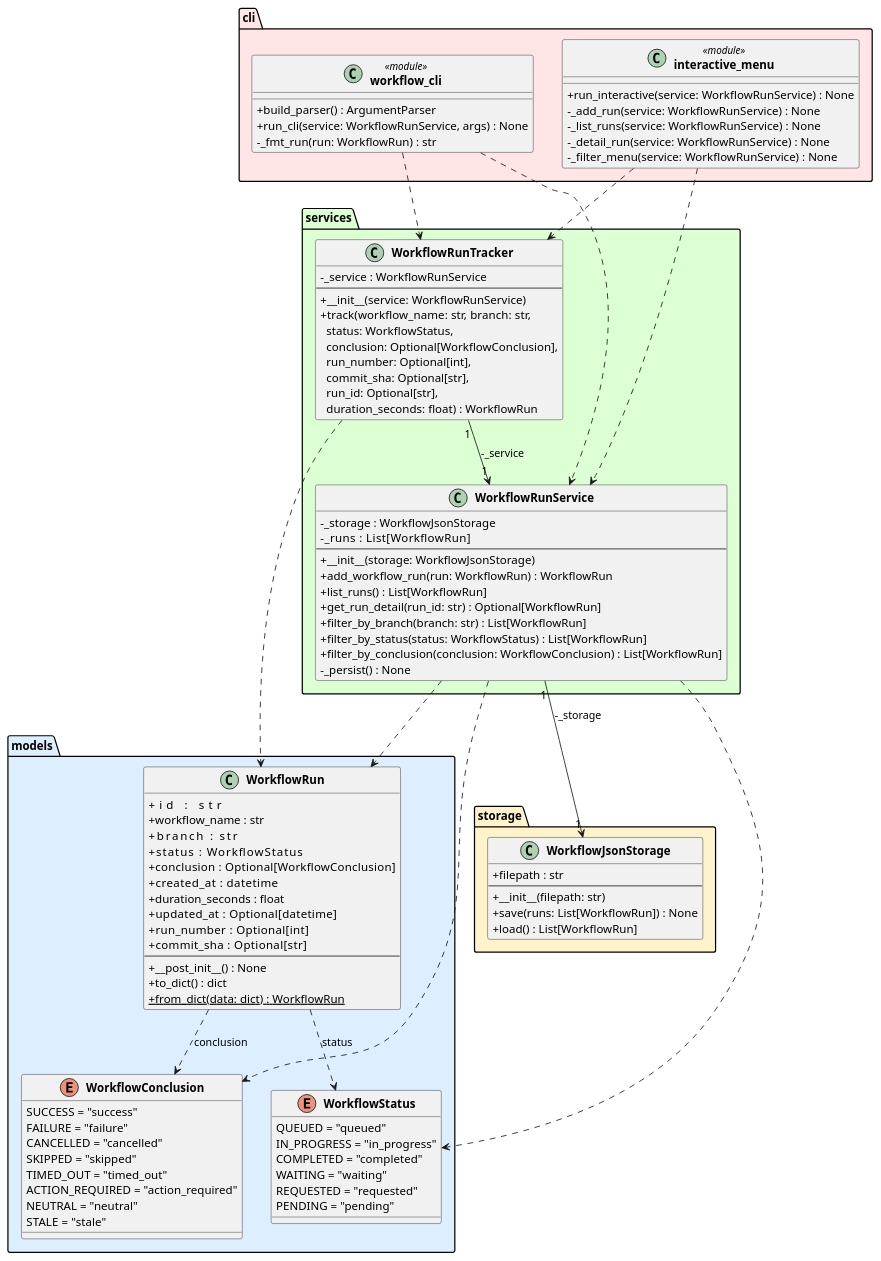
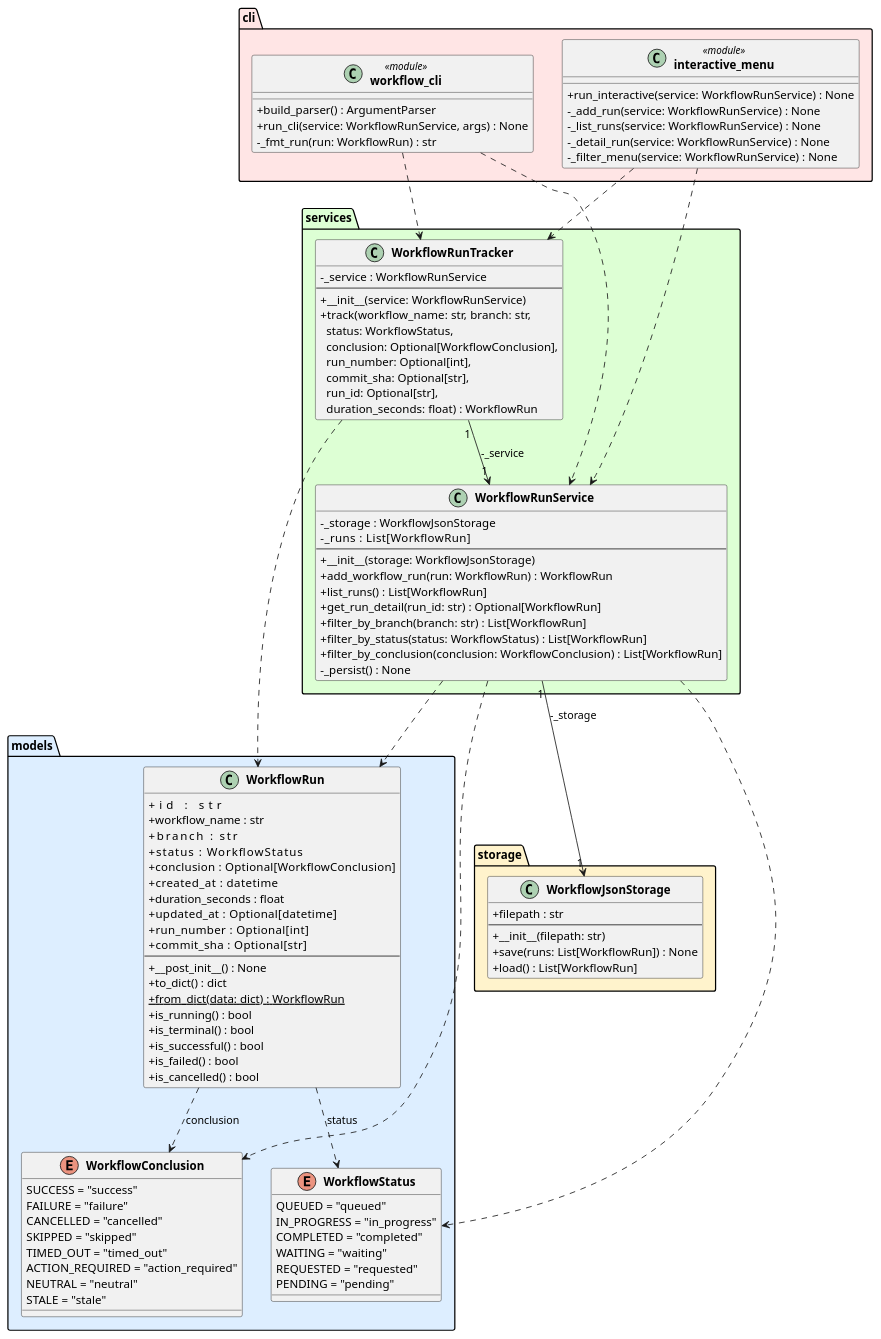
One commit to DanielRiha8906/Software_autoevolution_using_agents changed the diagram in experiments/pipeline/test_driven/github-workflow-manager/artifacts/class_diagram.puml. Above: the diagram before and after it, drawn with PlantUML. The commit also changed 5 other files, not shown here.

```diff
--- a/experiments/pipeline/test_driven/github-workflow-manager/artifacts/class_diagram.puml
+++ b/experiments/pipeline/test_driven/github-workflow-manager/artifacts/class_diagram.puml
@@ -1,107 +1,112 @@
 @startuml class_diagram
 
 skinparam classAttributeIconSize 0
 skinparam classFontStyle bold
 
 package "models" #DDEEFF {
     enum WorkflowStatus {
         QUEUED = "queued"
         IN_PROGRESS = "in_progress"
         COMPLETED = "completed"
         WAITING = "waiting"
         REQUESTED = "requested"
         PENDING = "pending"
     }
 
     enum WorkflowConclusion {
         SUCCESS = "success"
         FAILURE = "failure"
         CANCELLED = "cancelled"
         SKIPPED = "skipped"
         TIMED_OUT = "timed_out"
         ACTION_REQUIRED = "action_required"
         NEUTRAL = "neutral"
         STALE = "stale"
     }
 
     class WorkflowRun {
         +id            : str
         +workflow_name : str
         +branch        : str
         +status        : WorkflowStatus
         +conclusion    : Optional[WorkflowConclusion]
         +created_at    : datetime
         +duration_seconds : float
         +updated_at    : Optional[datetime]
         +run_number    : Optional[int]
         +commit_sha    : Optional[str]
         --
         +__post_init__() : None
         +to_dict() : dict
         +{static} from_dict(data: dict) : WorkflowRun
+        +is_running() : bool
+        +is_terminal() : bool
+        +is_successful() : bool
+        +is_failed() : bool
+        +is_cancelled() : bool
     }
 }
 
 package "storage" #FFF3CC {
     class WorkflowJsonStorage {
         +filepath : str
         --
         +__init__(filepath: str)
         +save(runs: List[WorkflowRun]) : None
         +load() : List[WorkflowRun]
     }
 }
 
 package "services" #DDFFD4 {
     class WorkflowRunService {
         -_storage : WorkflowJsonStorage
         -_runs    : List[WorkflowRun]
         --
         +__init__(storage: WorkflowJsonStorage)
         +add_workflow_run(run: WorkflowRun) : WorkflowRun
         +list_runs() : List[WorkflowRun]
         +get_run_detail(run_id: str) : Optional[WorkflowRun]
         +filter_by_branch(branch: str) : List[WorkflowRun]
         +filter_by_status(status: WorkflowStatus) : List[WorkflowRun]
         +filter_by_conclusion(conclusion: WorkflowConclusion) : List[WorkflowRun]
         -_persist() : None
     }
 
     class WorkflowRunTracker {
         -_service : WorkflowRunService
         --
         +__init__(service: WorkflowRunService)
         +track(workflow_name: str, branch: str,\n  status: WorkflowStatus,\n  conclusion: Optional[WorkflowConclusion],\n  run_number: Optional[int],\n  commit_sha: Optional[str],\n  run_id: Optional[str],\n  duration_seconds: float) : WorkflowRun
     }
 }
 
 package "cli" #FFE5E5 {
     class "workflow_cli" <<module>> {
         +build_parser() : ArgumentParser
         +run_cli(service: WorkflowRunService, args) : None
         -_fmt_run(run: WorkflowRun) : str
     }
 
     class "interactive_menu" <<module>> {
         +run_interactive(service: WorkflowRunService) : None
         -_add_run(service: WorkflowRunService) : None
         -_list_runs(service: WorkflowRunService) : None
         -_detail_run(service: WorkflowRunService) : None
         -_filter_menu(service: WorkflowRunService) : None
     }
 }
 
 WorkflowRun                ..>  WorkflowStatus        : status
 WorkflowRun                ..>  WorkflowConclusion    : conclusion
 WorkflowRunService    "1" --> "1" WorkflowJsonStorage : -_storage
 WorkflowRunService         ..>  WorkflowRun
 WorkflowRunService         ..>  WorkflowStatus
 WorkflowRunService         ..>  WorkflowConclusion
 WorkflowRunTracker    "1" --> "1" WorkflowRunService  : -_service
 WorkflowRunTracker         ..>  WorkflowRun
 "workflow_cli"             ..>  WorkflowRunService
 "workflow_cli"             ..>  WorkflowRunTracker
 "interactive_menu"         ..>  WorkflowRunService
 "interactive_menu"         ..>  WorkflowRunTracker
 
 @enduml
```
